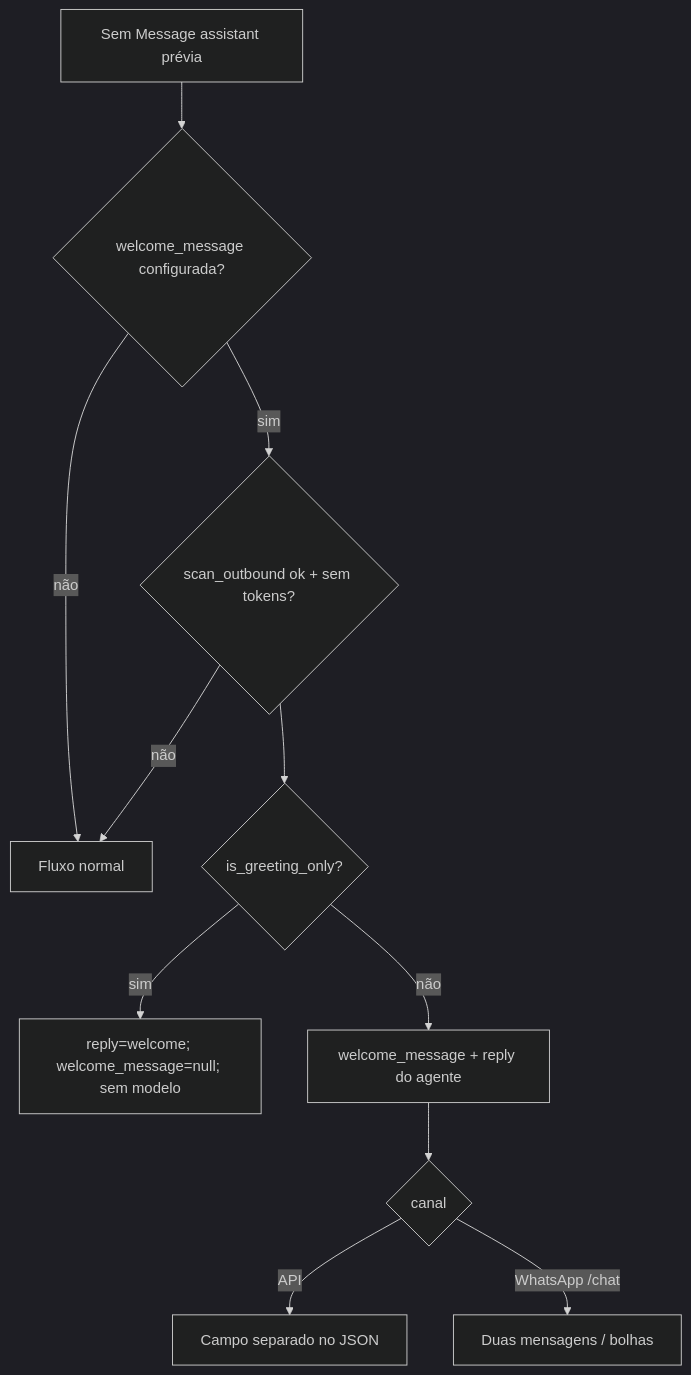
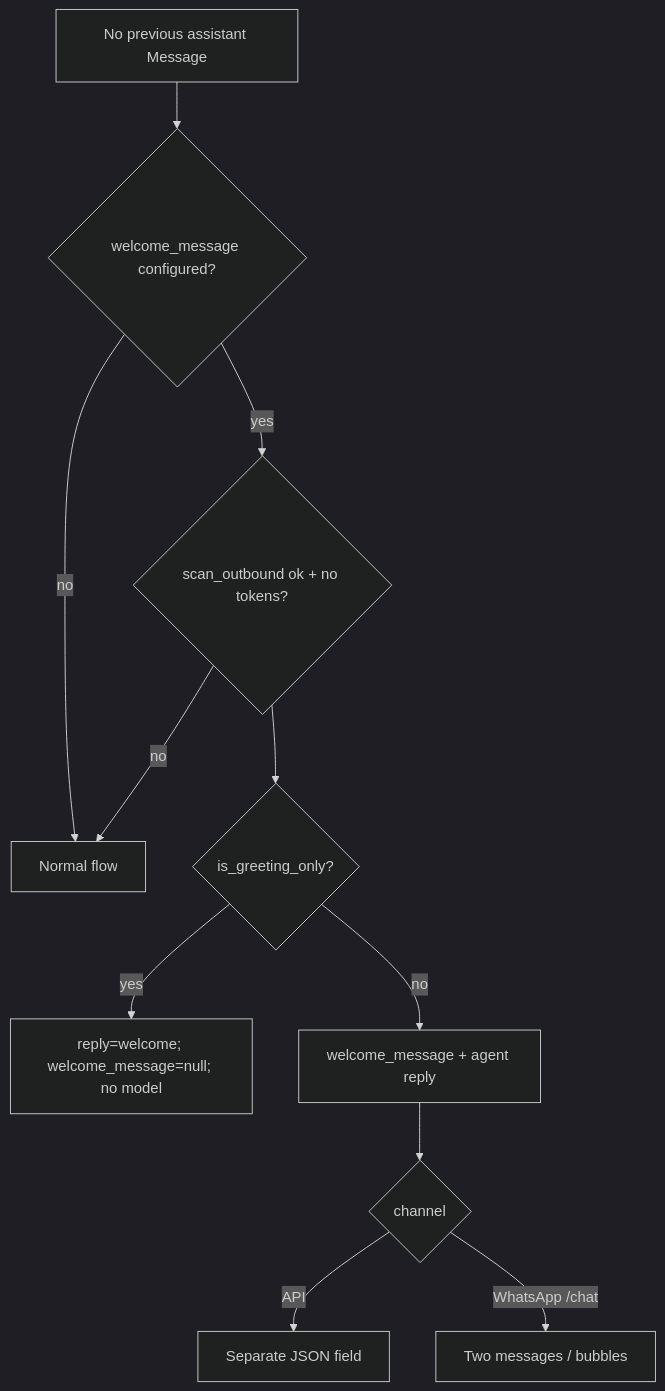
Before and after one commit to antonioreal97/Artefact_case: the eighth of 9 diagrams in docs/customer-service-flows.md, drawn with Mermaid (dark theme). The commit also changed other lines of this file and 47 other files, not shown here.

````diff
--- a/docs/customer-service-flows.md
+++ b/docs/customer-service-flows.md
@@ -237,13 +250,13 @@
 ```mermaid
 flowchart TD
-  fc["Sem Message assistant prévia"] --> cfg{"welcome_message configurada?"}
-  cfg -->|"não"| agent["Fluxo normal"]
-  cfg -->|"sim"| safe{"scan_outbound ok + sem tokens?"}
-  safe -->|"não"| agent
+  fc["No previous assistant Message"] --> cfg{"welcome_message configured?"}
+  cfg -->|"no"| agent["Normal flow"]
+  cfg -->|"yes"| safe{"scan_outbound ok + no tokens?"}
+  safe -->|"no"| agent
   safe --> greet{"is_greeting_only?"}
-  greet -->|"sim"| only["reply=welcome; welcome_message=null; sem modelo"]
-  greet -->|"não"| both["welcome_message + reply do agente"]
-  both --> ch{"canal"}
-  ch -->|"API"| field["Campo separado no JSON"]
-  ch -->|"WhatsApp /chat"| two["Duas mensagens / bolhas"]
+  greet -->|"yes"| only["reply=welcome; welcome_message=null; no model"]
+  greet -->|"no"| both["welcome_message + agent reply"]
+  both --> ch{"channel"}
+  ch -->|"API"| field["Separate JSON field"]
+  ch -->|"WhatsApp /chat"| two["Two messages / bubbles"]
 ```
````
